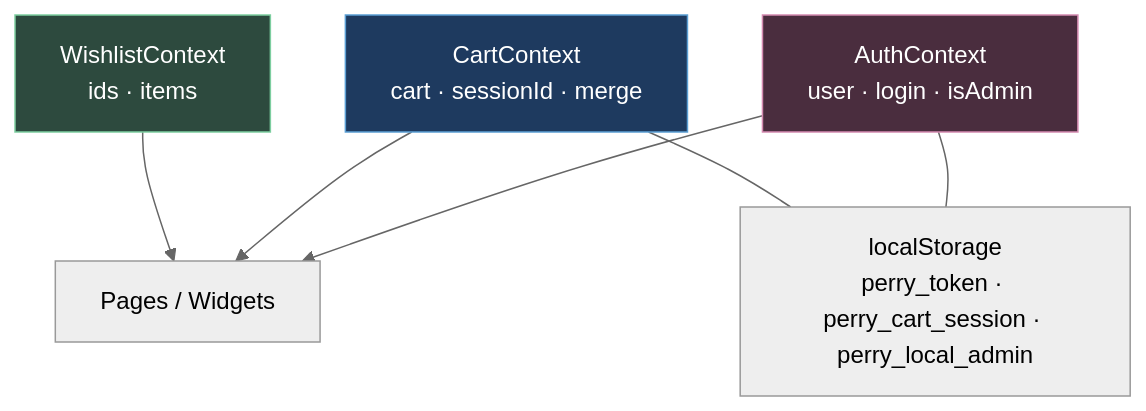
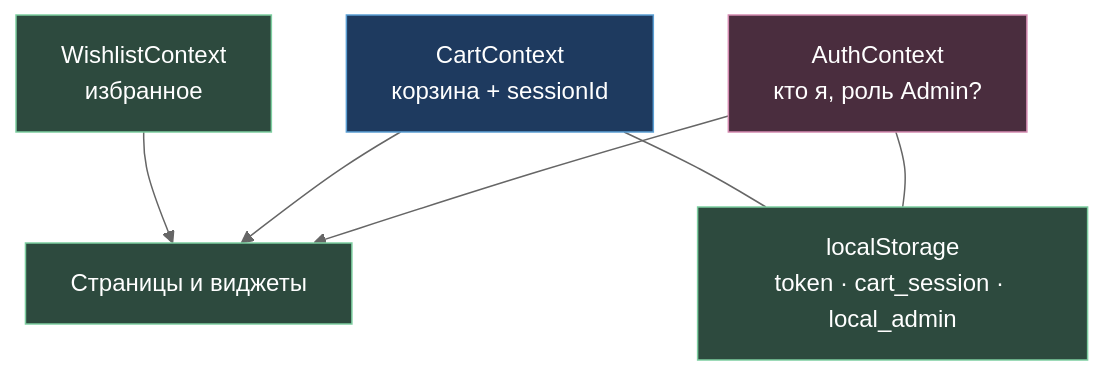
One commit to ITSTEP-PERRY/perry-front changed the diagram in project_defense/11_frontend-state-flow/diagram.mmd. Above: the diagram before and after it, drawn with Mermaid (neutral theme). The commit also changed 41 other files, not shown here.

Commit message:
docs(defense): clearer diagrams, PPTX with per-slide descriptions.

```diff
--- a/project_defense/11_frontend-state-flow/diagram.mmd
+++ b/project_defense/11_frontend-state-flow/diagram.mmd
@@ -1,19 +1,19 @@
 flowchart TB
-  AUTH["AuthContext<br/>user · login · isAdmin"]
-  CART["CartContext<br/>cart · sessionId · merge"]
-  WISH["WishlistContext<br/>ids · items"]
-  LS["localStorage<br/>perry_token · perry_cart_session · perry_local_admin"]
-  UI["Pages / Widgets"]
+  AUTH["AuthContext<br/>кто я, роль Admin?"]
+  CART["CartContext<br/>корзина + sessionId"]
+  WISH["WishlistContext<br/>избранное"]
+  LS["localStorage<br/>token · cart_session · local_admin"]
+  UI["Страницы и виджеты"]
 
   AUTH --> UI
   CART --> UI
   WISH --> UI
   AUTH --- LS
   CART --- LS
 
   classDef a fill:#4a2d3e,stroke:#d48ab0,color:#fff
   classDef c fill:#1e3a5f,stroke:#5b9fd4,color:#fff
   classDef w fill:#2d4a3e,stroke:#7dcea0,color:#fff
   class AUTH a
   class CART c
-  class WISH w
+  class WISH,UI,LS w
```
